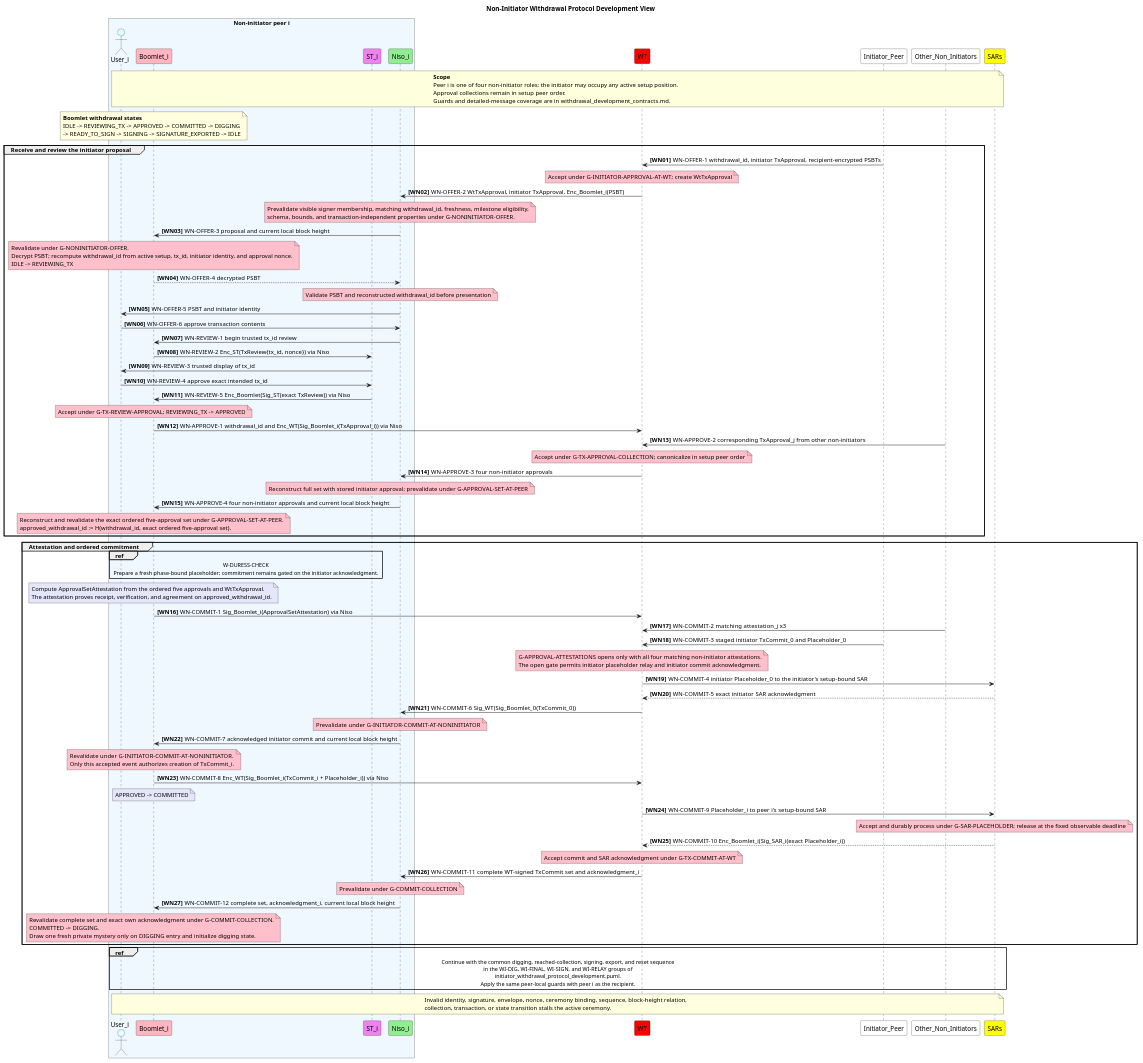
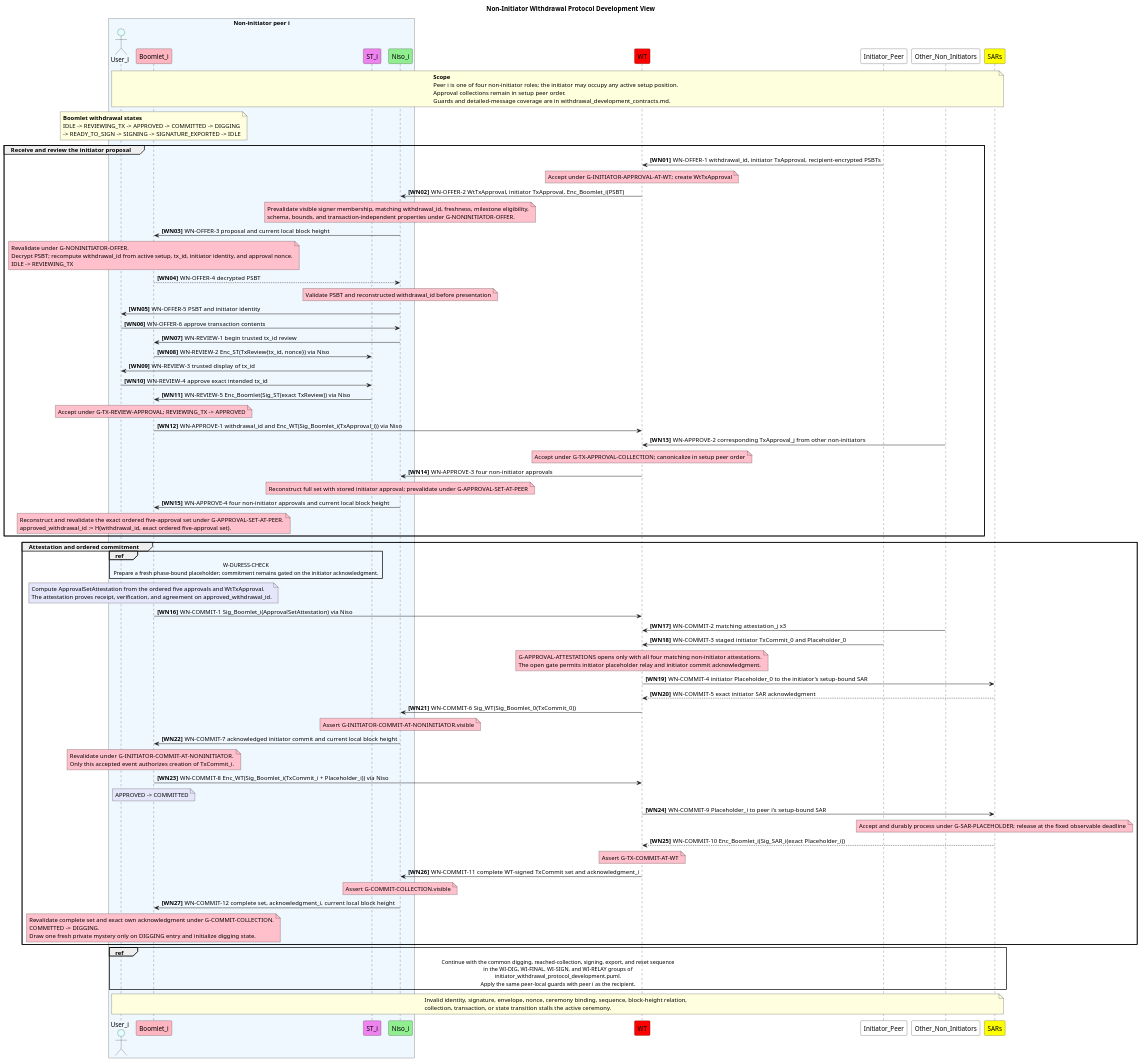
The diagram in diagrams/withdrawal/derived/non_initiator_withdrawal_protocol_development.puml (bitryonix/boomerang_design), drawn with PlantUML before and after one commit. The commit also changed 36 other files, not shown here.

```diff
--- a/diagrams/withdrawal/derived/non_initiator_withdrawal_protocol_development.puml
+++ b/diagrams/withdrawal/derived/non_initiator_withdrawal_protocol_development.puml
@@ -1,121 +1,121 @@
 @startuml non_initiator_withdrawal_protocol_development
 skinparam sequenceMessageAlign left
 skinparam responseMessageBelowArrow true
 title Non-Initiator Withdrawal Protocol Development View
 
 box "Non-initiator peer i" #AliceBlue
 actor User_i as User #LightCyan
 participant Boomlet_i as Boomlet #LightPink
 participant ST_i as ST #Violet
 participant Niso_i as Niso #LightGreen
 end box
 participant WT #Red
 participant Initiator_Peer as Initiator #White
 participant Other_Non_Initiators as Other_Peers #White
 participant SARs #Yellow
 
 autonumber "<b>[WN00]"
 
 note over User, SARs
   <b>Scope</b>
   Peer i is one of four non-initiator roles; the initiator may occupy any active setup position.
   Approval collections remain in setup peer order.
   Guards and detailed-message coverage are in withdrawal_development_contracts.md.
 end note
 
 note over Boomlet #LightYellow
   <b>Boomlet withdrawal states</b>
   IDLE -> REVIEWING_TX -> APPROVED -> COMMITTED -> DIGGING
   -> READY_TO_SIGN -> SIGNING -> SIGNATURE_EXPORTED -> IDLE
 end note
 
 group Receive and review the initiator proposal
 Initiator -> WT: WN-OFFER-1  withdrawal_id, initiator TxApproval, recipient-encrypted PSBTs
 note over WT #Pink: Accept under G-INITIATOR-APPROVAL-AT-WT; create WtTxApproval
 WT -> Niso: WN-OFFER-2  WtTxApproval, initiator TxApproval, Enc_Boomlet_i(PSBT)
 note over Niso #Pink
   Prevalidate visible signer membership, matching withdrawal_id, freshness, milestone eligibility,
   schema, bounds, and transaction-independent properties under G-NONINITIATOR-OFFER.
 end note
 Niso -> Boomlet: WN-OFFER-3  proposal and current local block height
 note over Boomlet #Pink
   Revalidate under G-NONINITIATOR-OFFER.
   Decrypt PSBT; recompute withdrawal_id from active setup, tx_id, initiator identity, and approval nonce.
   IDLE -> REVIEWING_TX
 end note
 Boomlet --> Niso: WN-OFFER-4  decrypted PSBT
 note over Niso #Pink: Validate PSBT and reconstructed withdrawal_id before presentation
 Niso -> User: WN-OFFER-5  PSBT and initiator identity
 User -> Niso: WN-OFFER-6  approve transaction contents
 Niso -> Boomlet: WN-REVIEW-1  begin trusted tx_id review
 Boomlet -> ST: WN-REVIEW-2  Enc_ST(TxReview{tx_id, nonce}) via Niso
 ST -> User: WN-REVIEW-3  trusted display of tx_id
 User -> ST: WN-REVIEW-4  approve exact intended tx_id
 ST -> Boomlet: WN-REVIEW-5  Enc_Boomlet(Sig_ST(exact TxReview)) via Niso
 note over Boomlet #Pink: Accept under G-TX-REVIEW-APPROVAL; REVIEWING_TX -> APPROVED
 Boomlet -> WT: WN-APPROVE-1  withdrawal_id and Enc_WT(Sig_Boomlet_i(TxApproval_i)) via Niso
 Other_Peers -> WT: WN-APPROVE-2  corresponding TxApproval_j from other non-initiators
 note over WT #Pink: Accept under G-TX-APPROVAL-COLLECTION; canonicalize in setup peer order
 WT -> Niso: WN-APPROVE-3  four non-initiator approvals
 note over Niso #Pink: Reconstruct full set with stored initiator approval; prevalidate under G-APPROVAL-SET-AT-PEER
 Niso -> Boomlet: WN-APPROVE-4  four non-initiator approvals and current local block height
 note over Boomlet #Pink
   Reconstruct and revalidate the exact ordered five-approval set under G-APPROVAL-SET-AT-PEER.
   approved_withdrawal_id := H(withdrawal_id, exact ordered five-approval set).
 end note
 end
 
 group Attestation and ordered commitment
 ref over User, ST, Boomlet
   W-DURESS-CHECK
   Prepare a fresh phase-bound placeholder; commitment remains gated on the initiator acknowledgment.
 end ref
 note over Boomlet #Lavender
   Compute ApprovalSetAttestation from the ordered five approvals and WtTxApproval.
   The attestation proves receipt, verification, and agreement on approved_withdrawal_id.
 end note
 Boomlet -> WT: WN-COMMIT-1  Sig_Boomlet_i(ApprovalSetAttestation) via Niso
 Other_Peers -> WT: WN-COMMIT-2  matching attestation_j x3
 Initiator -> WT: WN-COMMIT-3  staged initiator TxCommit_0 and Placeholder_0
 note over WT #Pink
   G-APPROVAL-ATTESTATIONS opens only with all four matching non-initiator attestations.
   The open gate permits initiator placeholder relay and initiator commit acknowledgment.
 end note
 WT -> SARs: WN-COMMIT-4  initiator Placeholder_0 to the initiator's setup-bound SAR
 SARs --> WT: WN-COMMIT-5  exact initiator SAR acknowledgment
 WT -> Niso: WN-COMMIT-6  Sig_WT(Sig_Boomlet_0(TxCommit_0))
-note over Niso #Pink: Prevalidate under G-INITIATOR-COMMIT-AT-NONINITIATOR
+note over Niso #Pink: Assert G-INITIATOR-COMMIT-AT-NONINITIATOR.visible
 Niso -> Boomlet: WN-COMMIT-7  acknowledged initiator commit and current local block height
 note over Boomlet #Pink
   Revalidate under G-INITIATOR-COMMIT-AT-NONINITIATOR.
   Only this accepted event authorizes creation of TxCommit_i.
 end note
 Boomlet -> WT: WN-COMMIT-8  Enc_WT(Sig_Boomlet_i(TxCommit_i + Placeholder_i)) via Niso
 note over Boomlet #Lavender: APPROVED -> COMMITTED
 WT -> SARs: WN-COMMIT-9  Placeholder_i to peer i's setup-bound SAR
 note over SARs #Pink: Accept and durably process under G-SAR-PLACEHOLDER; release at the fixed observable deadline
 SARs --> WT: WN-COMMIT-10  Enc_Boomlet_i(Sig_SAR_i(exact Placeholder_i))
-note over WT #Pink: Accept commit and SAR acknowledgment under G-TX-COMMIT-AT-WT
+note over WT #Pink: Assert G-TX-COMMIT-AT-WT
 WT -> Niso: WN-COMMIT-11  complete WT-signed TxCommit set and acknowledgment_i
-note over Niso #Pink: Prevalidate under G-COMMIT-COLLECTION
+note over Niso #Pink: Assert G-COMMIT-COLLECTION.visible
 Niso -> Boomlet: WN-COMMIT-12  complete set, acknowledgment_i, current local block height
 note over Boomlet #Pink
   Revalidate complete set and exact own acknowledgment under G-COMMIT-COLLECTION.
   COMMITTED -> DIGGING.
   Draw one fresh private mystery only on DIGGING entry and initialize digging state.
 end note
 end
 
 ref over User, SARs
   Continue with the common digging, reached-collection, signing, export, and reset sequence
   in the WI-DIG, WI-FINAL, WI-SIGN, and WI-RELAY groups of
   initiator_withdrawal_protocol_development.puml.
   Apply the same peer-local guards with peer i as the recipient.
 end ref
 
 note over User, SARs #LightYellow
   Invalid identity, signature, envelope, nonce, ceremony binding, sequence, block-height relation,
   collection, transaction, or state transition stalls the active ceremony.
 end note
 
 @enduml
```
